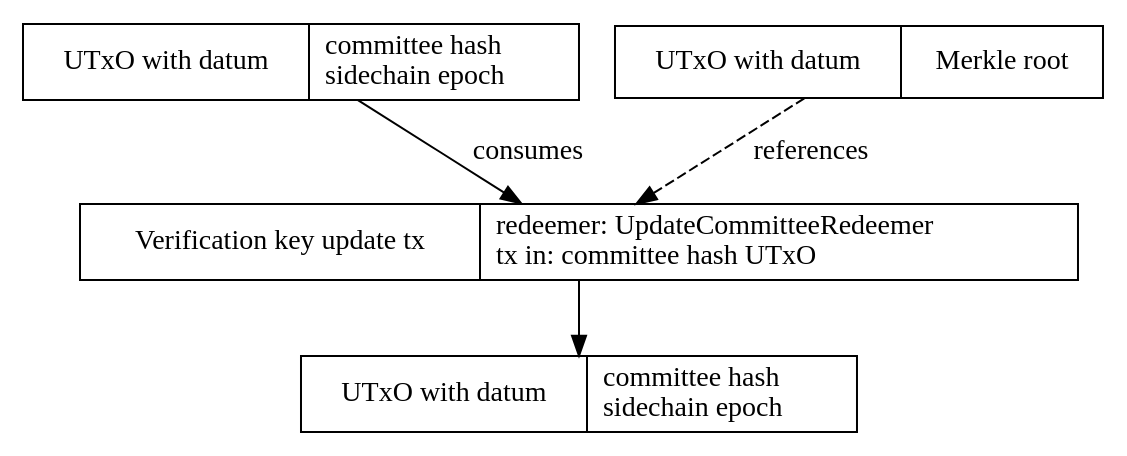
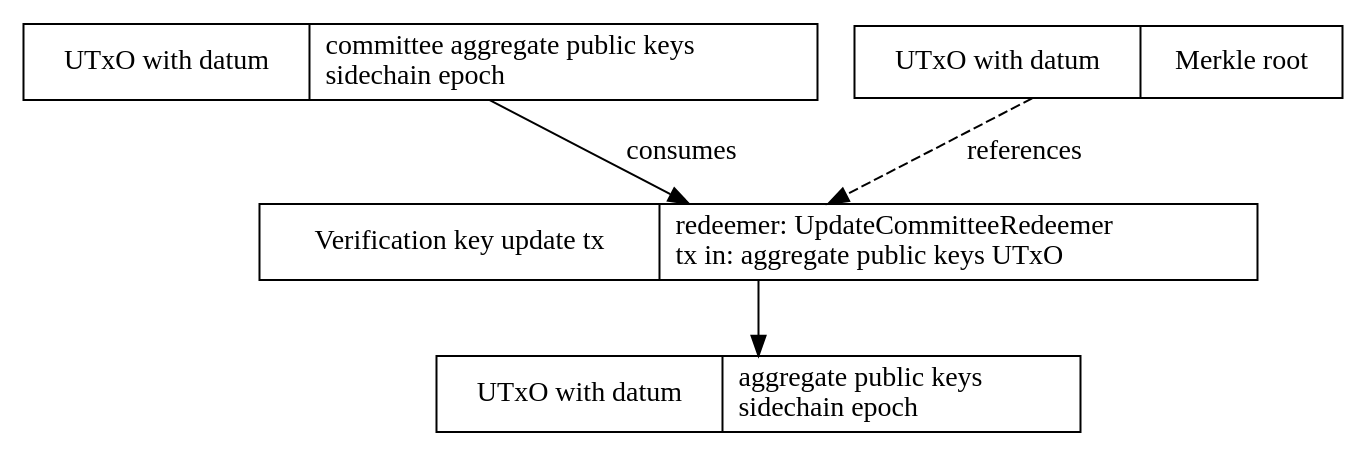
The diagram in docs/Spec/pubkeyupdate.dot (input-output-hk/partner-chains-smart-contracts), drawn with Graphviz before and after one commit. The commit also changed 10 other files, not shown here.

```diff
--- a/docs/Spec/pubkeyupdate.dot
+++ b/docs/Spec/pubkeyupdate.dot
@@ -1,28 +1,28 @@
 strict digraph {
   node [shape=record]
 
   pubKey [
     label = "UTxO with datum |
-        committee hash\l
+        committee aggregate public keys\l
         sidechain epoch\l
     "]
 
   merkleRoot [
     label = "UTxO with datum | Merkle root"
     ]
 
   newPubKey [
     label = "UTxO with datum |
-        committee hash\l
+        aggregate public keys \l
         sidechain epoch\l
     "]
 
   tx [label = "Verification key update tx |
         redeemer: UpdateCommitteeRedeemer\l
-        tx in: committee hash UTxO\l
+        tx in: aggregate public keys UTxO\l
       "]
 
   merkleRoot -> tx [style = dashed, label = "references"]
   pubKey -> tx [label = "consumes"]
   tx -> newPubKey
 }
```
